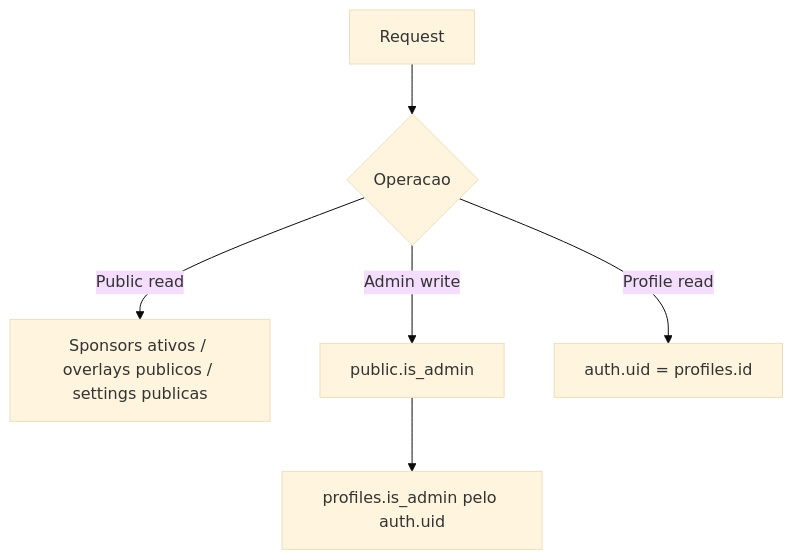
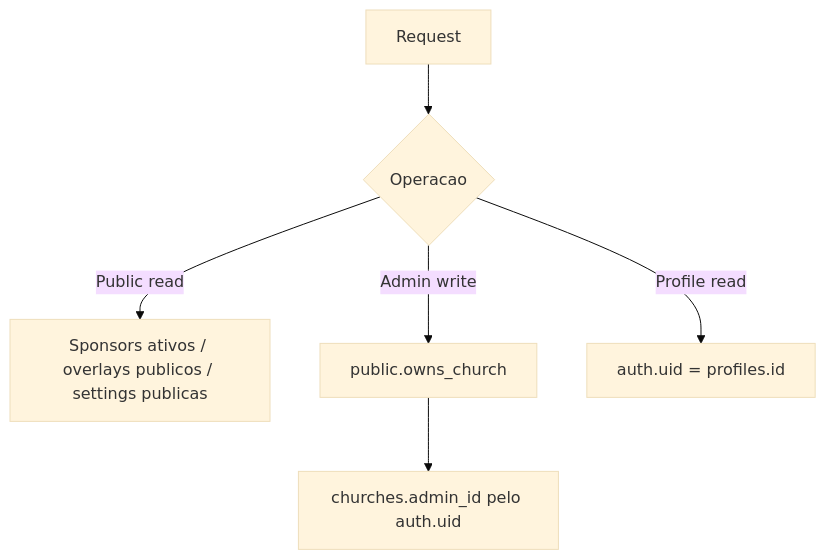
The second of 2 diagrams in docs/banco-de-dados.md (victorpessoa-dev/pascom-stream-view), drawn with Mermaid (base theme) before and after one commit. The commit also changed other lines of this file and 208 other files, not shown here.

````diff
--- a/docs/banco-de-dados.md
+++ b/docs/banco-de-dados.md
@@ -78,8 +79,8 @@
 ```mermaid
 flowchart TD
   A[Request] --> B{Operacao}
   B -- Public read --> C[Sponsors ativos / overlays publicos / settings publicas]
-  B -- Admin write --> D[public.is_admin]
-  D --> E[profiles.is_admin pelo auth.uid]
+  B -- Admin write --> D[public.owns_church]
+  D --> E[churches.admin_id pelo auth.uid]
   B -- Profile read --> F[auth.uid = profiles.id]
 ```
````
